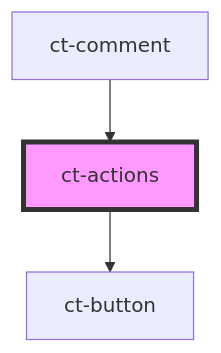
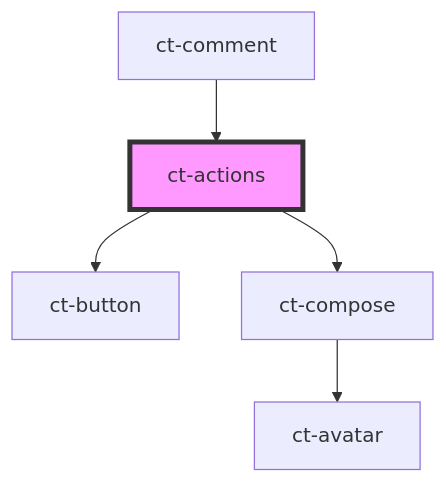
One commit to netguru/commentable-js changed the diagram in src/components/actions/readme.md. Above: the diagram before and after it, drawn with Mermaid. The commit also changed other lines of this file and 39 other files, not shown here.

````diff
--- a/src/components/actions/readme.md
+++ b/src/components/actions/readme.md
@@ -19,6 +27,8 @@
 ```mermaid
 graph TD;
   ct-actions --> ct-button
+  ct-actions --> ct-compose
+  ct-compose --> ct-avatar
   ct-comment --> ct-actions
   style ct-actions fill:#f9f,stroke:#333,stroke-width:4px
 ```
````
